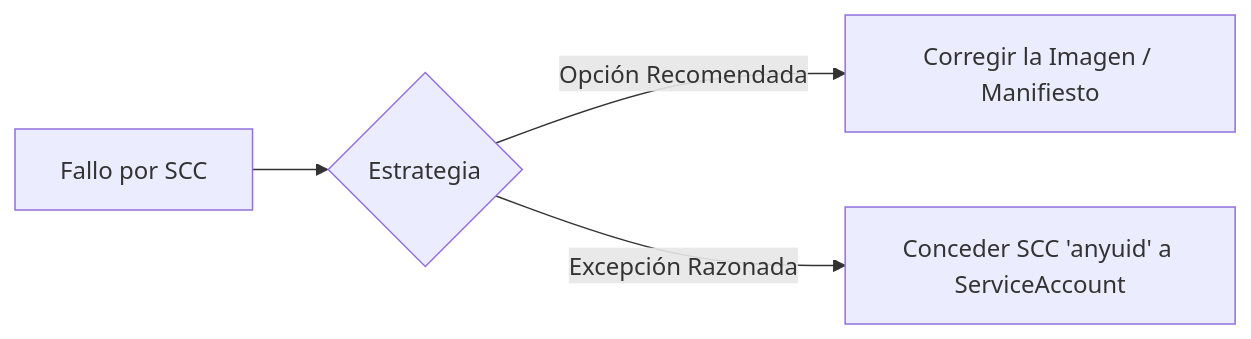
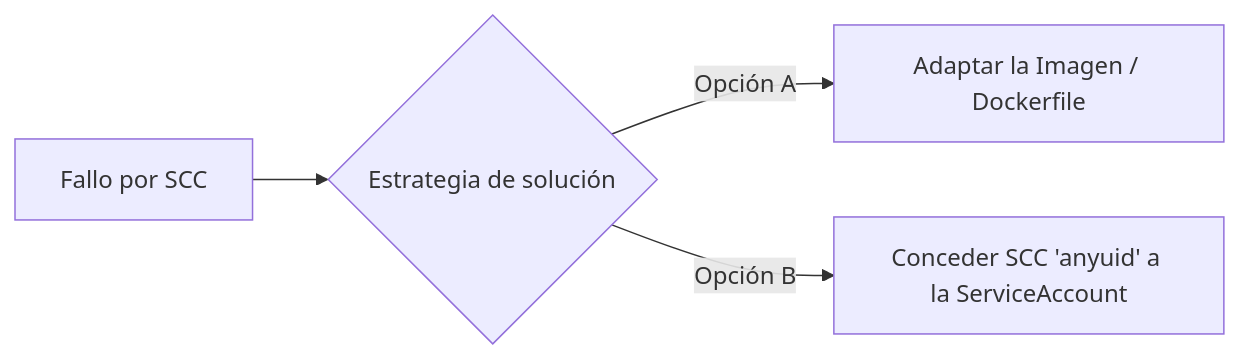
The fourth of 4 diagrams in docs/sesion2/2.6 Politicas de Seguridad.md (ieftraining/curso-openshift), drawn with Mermaid before and after one commit. The commit also changed other lines of this file, not shown here.

````diff
--- a/docs/sesion2/2.6 Politicas de Seguridad.md
+++ b/docs/sesion2/2.6 Politicas de Seguridad.md
@@ -83,6 +105,6 @@
 ```mermaid
 flowchart LR
-    A[Fallo por SCC] --> B{Estrategia}
-    B -->|Opción Recomendada| C[Corregir la Imagen / Manifiesto]
-    B -->|Excepción Razonada| D[Conceder SCC 'anyuid' a ServiceAccount]
+    A[Fallo por SCC] --> B{Estrategia de solución}
+    B -->|Opción A| C[Adaptar la Imagen / Dockerfile]
+    B -->|Opción B| D[Conceder SCC 'anyuid' a la ServiceAccount]
 ```
````
